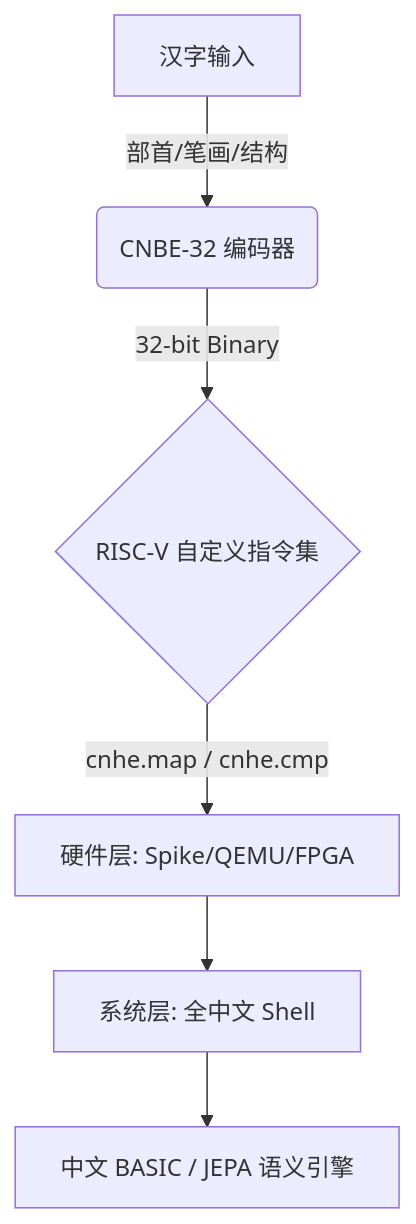
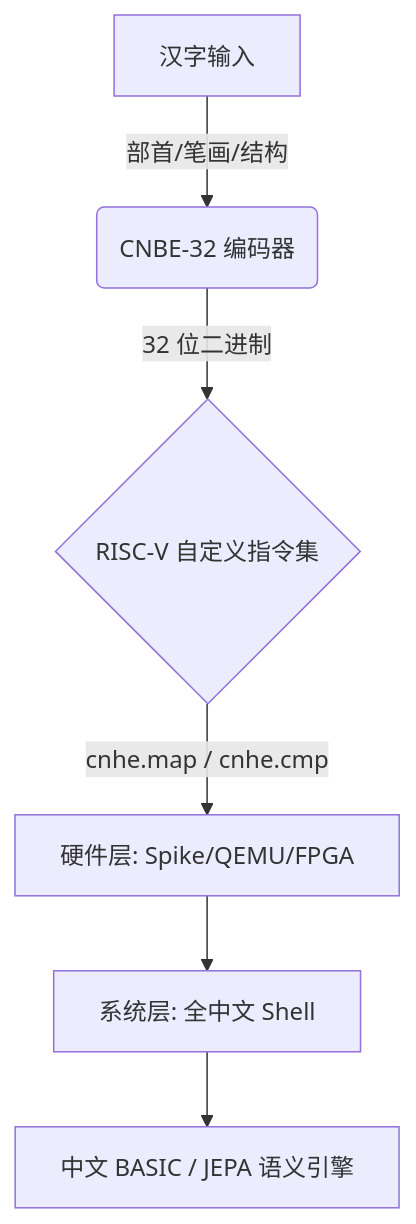
The diagram in README_ZH.md (zairkliu/CNBE-32-Chinese-Native-Binary-Encoding), drawn with Mermaid before and after one commit. The commit also changed other lines of this file, not shown here.

````diff
--- a/README_ZH.md
+++ b/README_ZH.md
@@ -40,15 +31,8 @@
 ```mermaid
-
 graph TD
-
     A[汉字输入] -->|部首/笔画/结构| B(CNBE-32 编码器)
-
-    B -->|32-bit Binary| C{RISC-V 自定义指令集}
-
+    B -->|32 位二进制| C{RISC-V 自定义指令集}
     C -->|cnhe.map / cnhe.cmp| D[硬件层: Spike/QEMU/FPGA]
-
     D --> E[系统层: 全中文 Shell]
-
     E --> F[中文 BASIC / JEPA 语义引擎]
-
 ```
````
